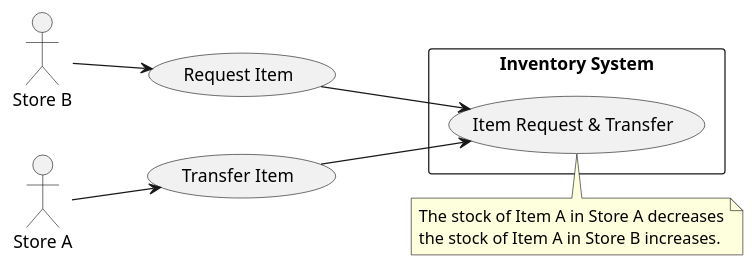
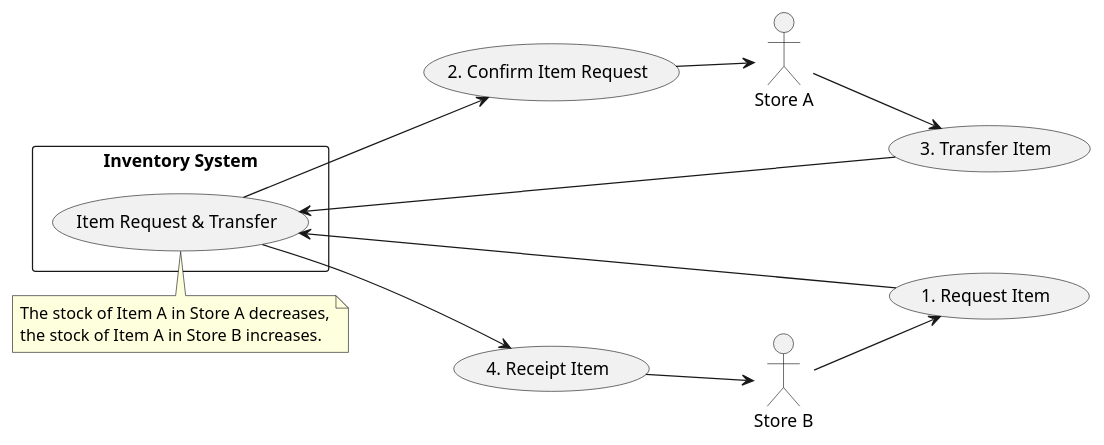
One commit to goesbams/simple-erp-usecases changed the diagram in item-request-transfer.puml. Above: the diagram before and after it, drawn with PlantUML.

```diff
--- a/item-request-transfer.puml
+++ b/item-request-transfer.puml
@@ -1,21 +1,26 @@
 @startuml
 left to right direction
 actor "Store A" as StoreA
 actor "Store B" as StoreB
 
 rectangle "Inventory System" {
   usecase (Item Request & Transfer)
 }
 
-(Request Item) --> (Item Request & Transfer)
-(Transfer Item) --> (Item Request & Transfer)
+(1. Request Item) --> (Item Request & Transfer)
+(Item Request & Transfer)
 
-StoreA --> (Transfer Item)
-StoreB --> (Request Item)
+StoreB --> (1. Request Item)
+(Item Request & Transfer) --> (2. Confirm Item Request)
+(2. Confirm Item Request) --> StoreA
+StoreA --> (3. Transfer Item)
+(3. Transfer Item) --> (Item Request & Transfer)
+(Item Request & Transfer) --> (4. Receipt Item)
+(4. Receipt Item) --> StoreB
 
 note top of (Item Request & Transfer)
-The stock of Item A in Store A decreases
-the stock of Item A in Store B increases.
+  The stock of Item A in Store A decreases,
+  the stock of Item A in Store B increases.
 end note
 
 @enduml
```
